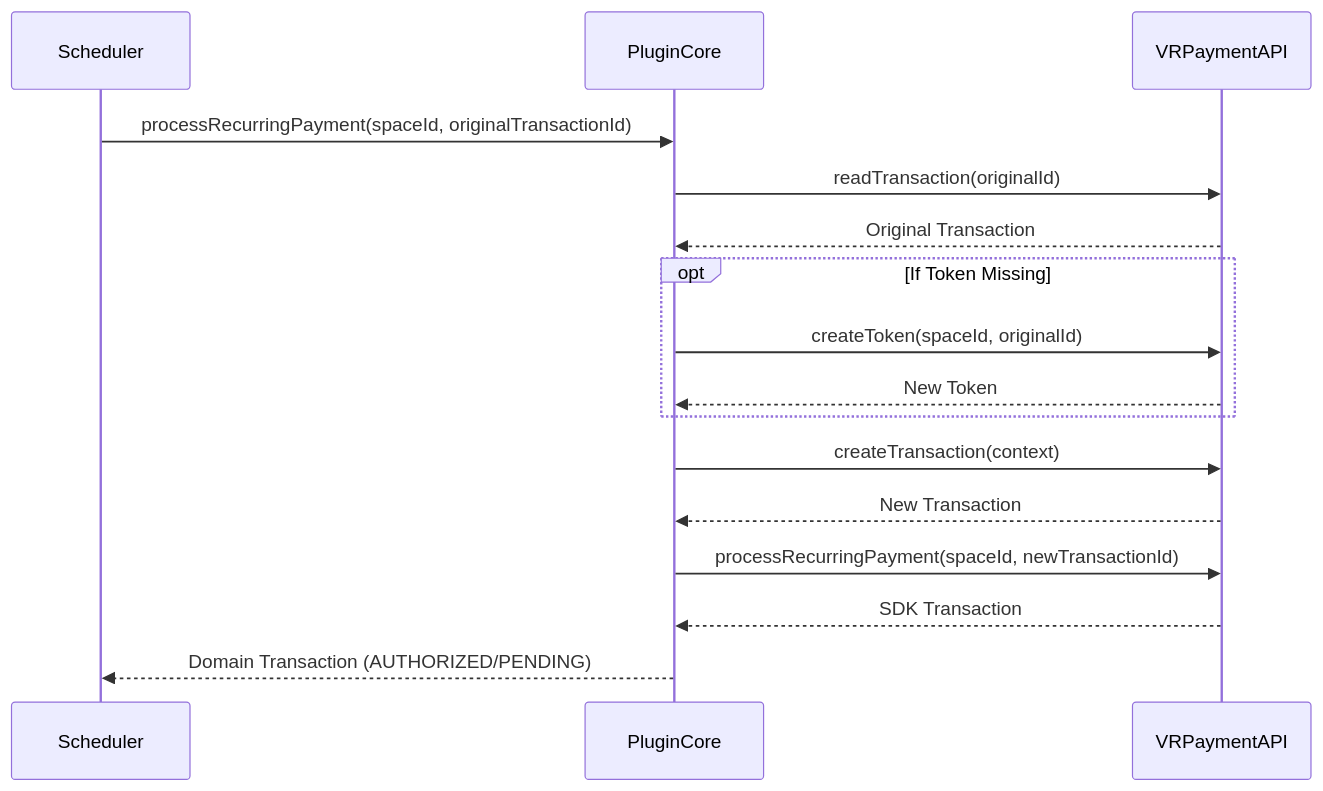
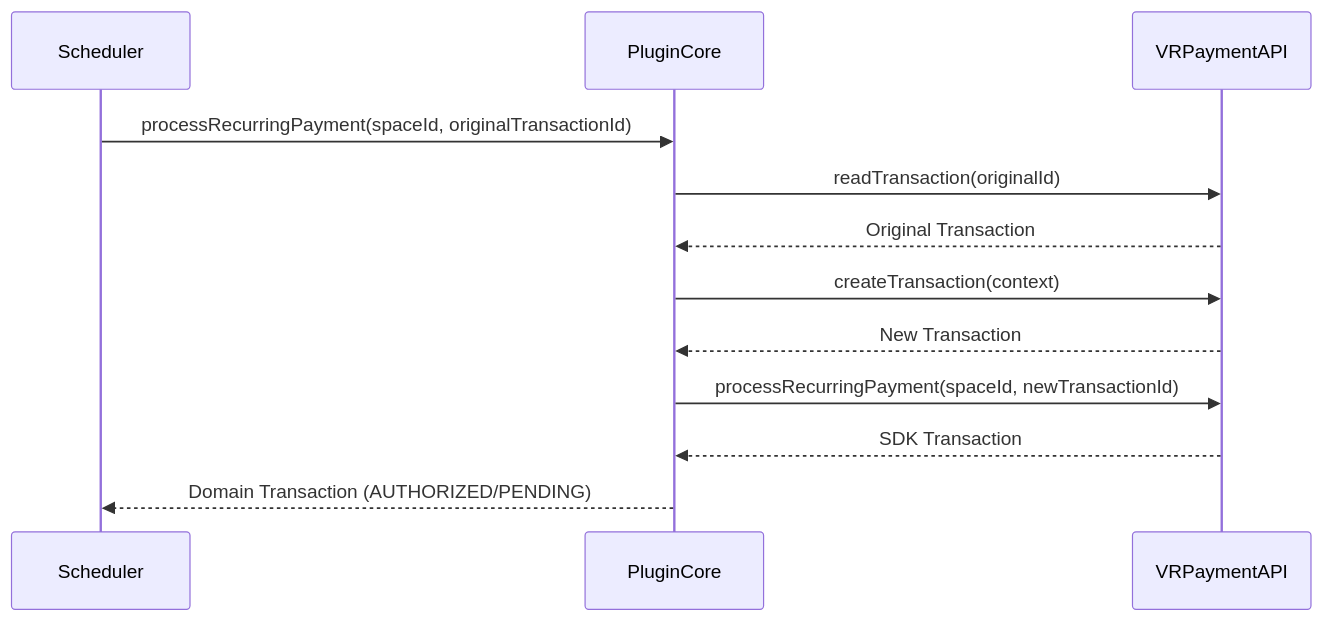
One commit to vr-payment/plugin-core changed the diagram in docs/Recurring/README.md. Above: the diagram before and after it, drawn with Mermaid. The commit also changed other lines of this file and 47 other files, not shown here.

````diff
--- a/docs/Recurring/README.md
+++ b/docs/Recurring/README.md
@@ -64,22 +79,17 @@
 ```mermaid
 sequenceDiagram
     participant Scheduler
     participant PluginCore
     participant VRPaymentAPI
 
     Scheduler->>PluginCore: processRecurringPayment(spaceId, originalTransactionId)
     PluginCore->>VRPaymentAPI: readTransaction(originalId)
     VRPaymentAPI-->>PluginCore: Original Transaction
-    
-    opt If Token Missing
-        PluginCore->>VRPaymentAPI: createToken(spaceId, originalId)
-        VRPaymentAPI-->>PluginCore: New Token
-    end
 
     PluginCore->>VRPaymentAPI: createTransaction(context)
     VRPaymentAPI-->>PluginCore: New Transaction
 
     PluginCore->>VRPaymentAPI: processRecurringPayment(spaceId, newTransactionId)
     VRPaymentAPI-->>PluginCore: SDK Transaction
     PluginCore-->>Scheduler: Domain Transaction (AUTHORIZED/PENDING)
 ```
````
